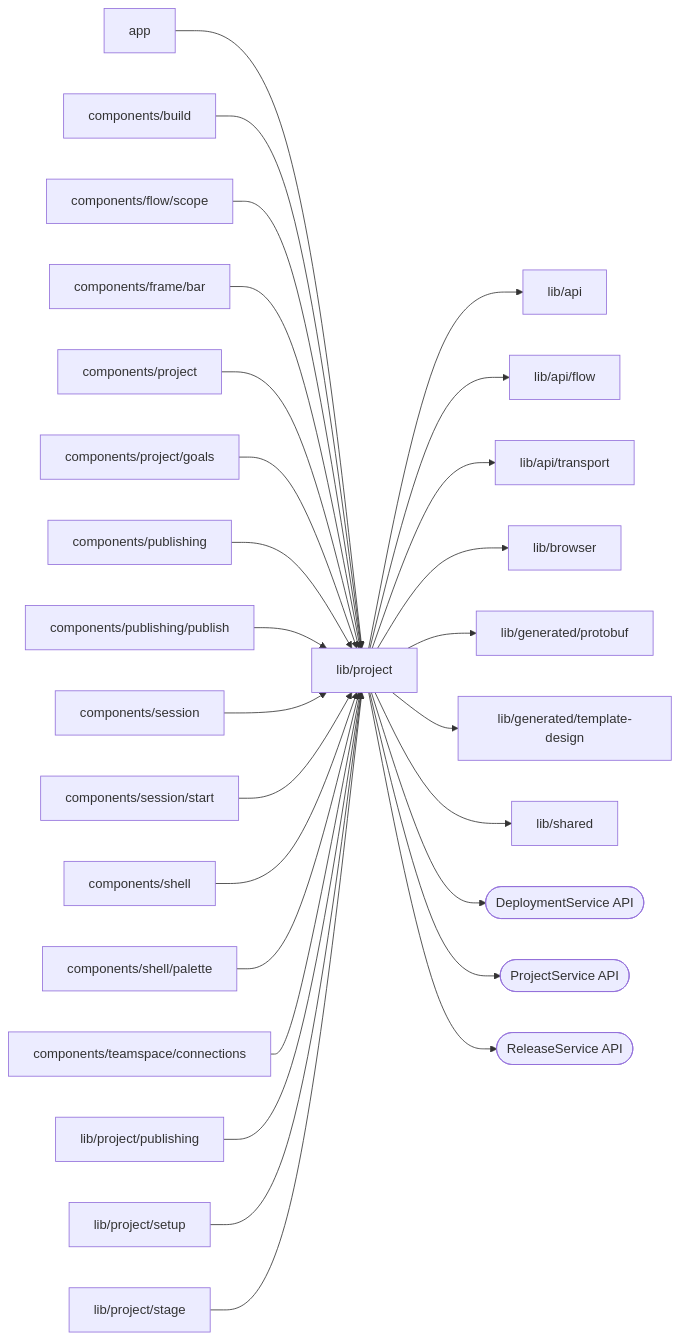
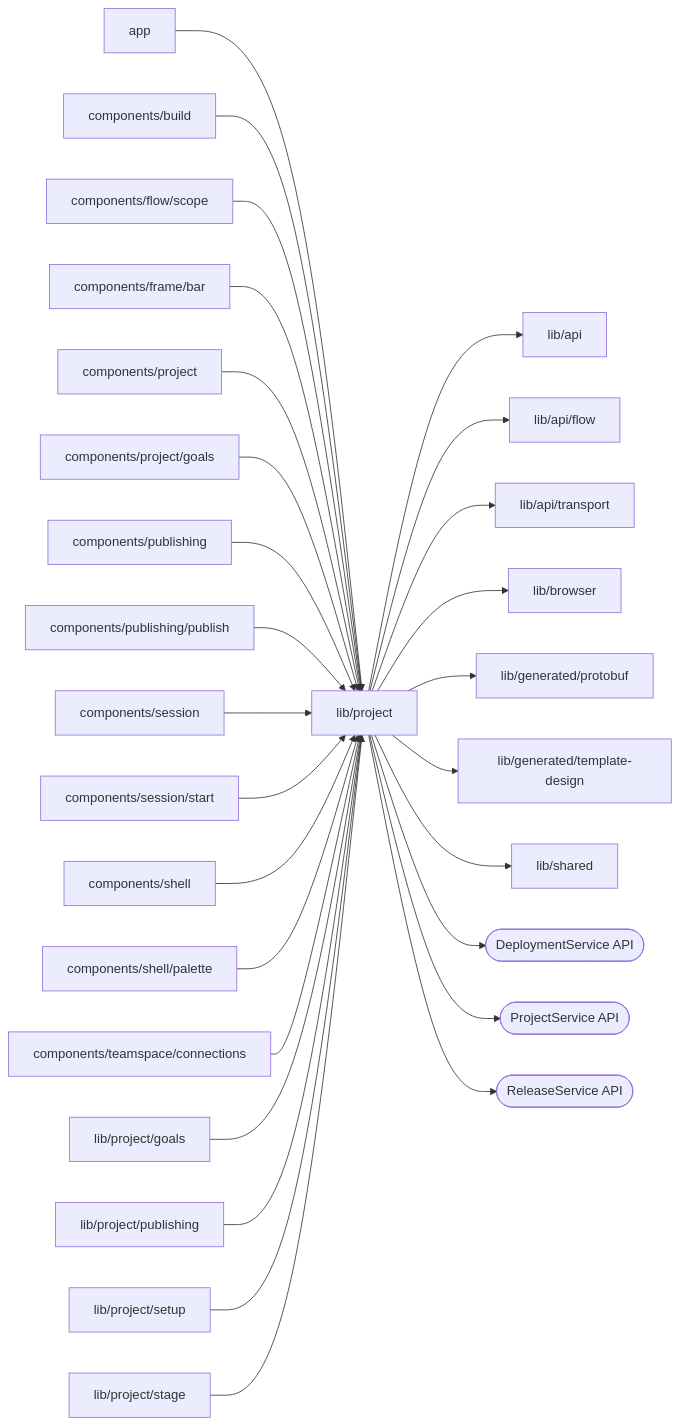
The diagram in web/studio/lib/project/README.md (superdurable/superverse), drawn with Mermaid before and after one commit. The commit also changed other lines of this file and 226 other files, not shown here.

````diff
--- a/web/studio/lib/project/README.md
+++ b/web/studio/lib/project/README.md
@@ -10,30 +10,31 @@
 ```mermaid
 flowchart LR
   self["lib/project"]
   c0["app"] --> self
   c1["components/build"] --> self
   c2["components/flow/scope"] --> self
   c3["components/frame/bar"] --> self
   c4["components/project"] --> self
   c5["components/project/goals"] --> self
   c6["components/publishing"] --> self
   c7["components/publishing/publish"] --> self
   c8["components/session"] --> self
   c9["components/session/start"] --> self
   c10["components/shell"] --> self
   c11["components/shell/palette"] --> self
   c12["components/teamspace/connections"] --> self
-  c13["lib/project/publishing"] --> self
-  c14["lib/project/setup"] --> self
-  c15["lib/project/stage"] --> self
+  c13["lib/project/goals"] --> self
+  c14["lib/project/publishing"] --> self
+  c15["lib/project/setup"] --> self
+  c16["lib/project/stage"] --> self
   self --> d0["lib/api"]
   self --> d1["lib/api/flow"]
   self --> d2["lib/api/transport"]
   self --> d3["lib/browser"]
   self --> d4["lib/generated/protobuf"]
   self --> d5["lib/generated/template-design"]
   self --> d6["lib/shared"]
   self --> e0(["DeploymentService API"])
   self --> e1(["ProjectService API"])
   self --> e2(["ReleaseService API"])
 ```
````
